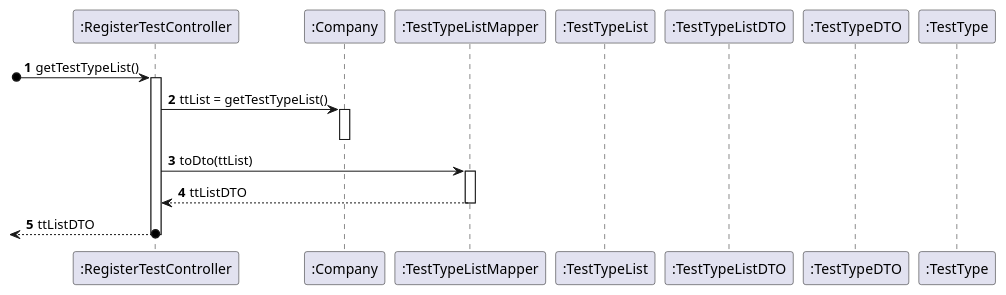
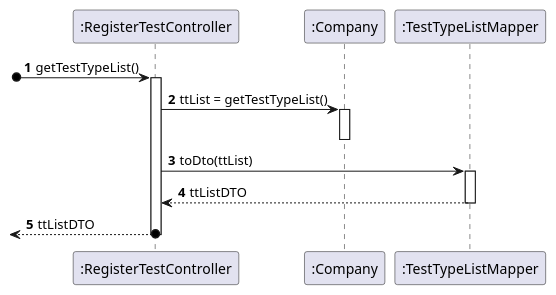
One commit to MarianaCLages/LAPR2 changed the diagram in docs/SprintC/US04/SD_getTestTypeList().puml. Above: the diagram before and after it, drawn with PlantUML. The commit also changed 17 other files, not shown here.

```diff
--- a/docs/SprintC/US04/SD_getTestTypeList().puml
+++ b/docs/SprintC/US04/SD_getTestTypeList().puml
@@ -1,28 +1,25 @@
 @startuml
 'https://plantuml.com/sequence-diagram
 
 autonumber
 participant ":RegisterTestController" as ctrl
 participant ":Company" as comp
 participant ":TestTypeListMapper" as mapper
-participant ":TestTypeList" as tTypeList
-participant ":TestTypeListDTO" as tTypeListDTO
-participant ":TestTypeDTO" as tTypeDTO
-participant ":TestType" as tType
+
 
 
 [o-> ctrl: getTestTypeList()
 activate ctrl
 ctrl -> comp: ttList = getTestTypeList()
 activate comp
 deactivate
 ctrl -> mapper: toDto(ttList)
 activate mapper
 return ttListDTO
 return ttListDTO
 deactivate mapper
 deactivate ctrl
 
 
 
 @enduml
```
